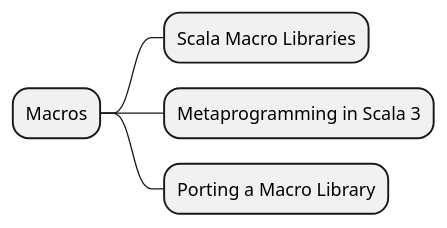
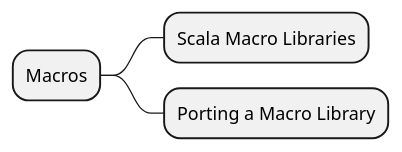
Before and after one commit to shinharad/getting-started-with-scala3: the sixth of 7 diagrams in docs/step01/04_Migration_guideを俯瞰してみる.md, drawn with PlantUML. The commit also changed other lines of this file and 5 other files, not shown here.

````diff
--- a/docs/step01/04_Migration_guideを俯瞰してみる.md
+++ b/docs/step01/04_Migration_guideを俯瞰してみる.md
@@ -81,8 +93,7 @@
 ```plantuml
 @startmindmap
 * Macros
 ** Scala Macro Libraries
-** Metaprogramming in Scala 3
 ** Porting a Macro Library
 @endmindmap
 ```
````
